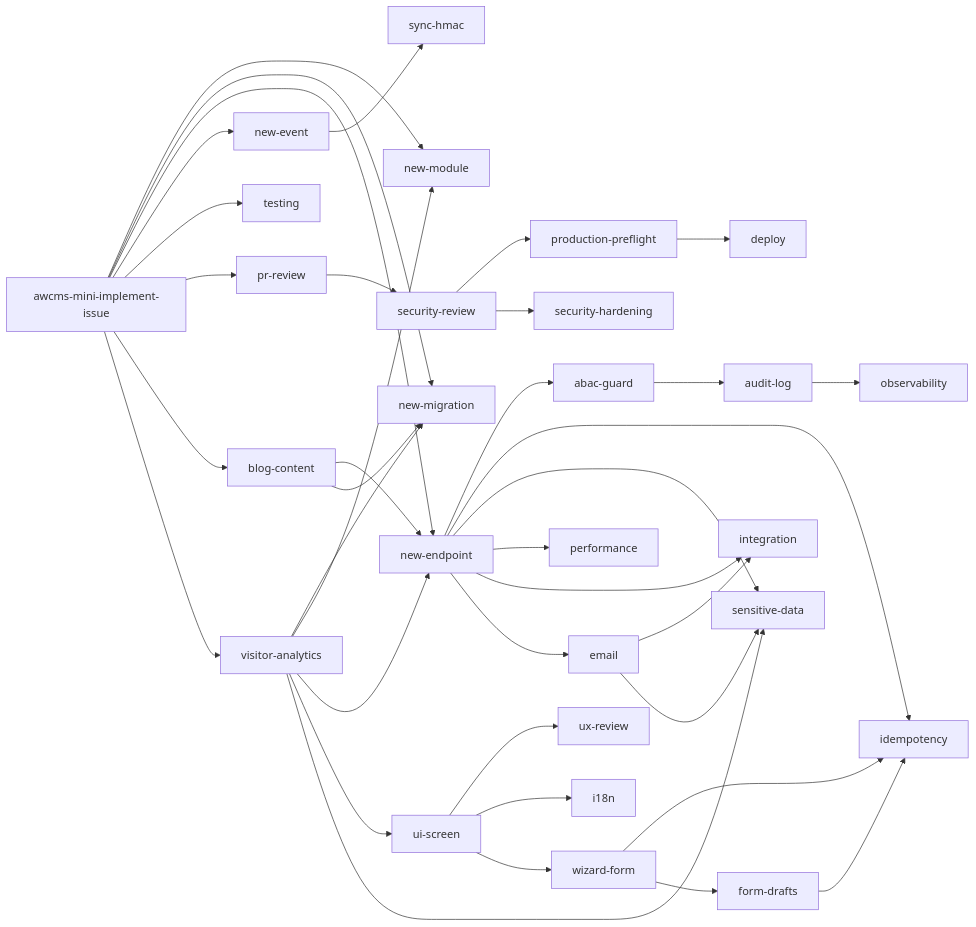
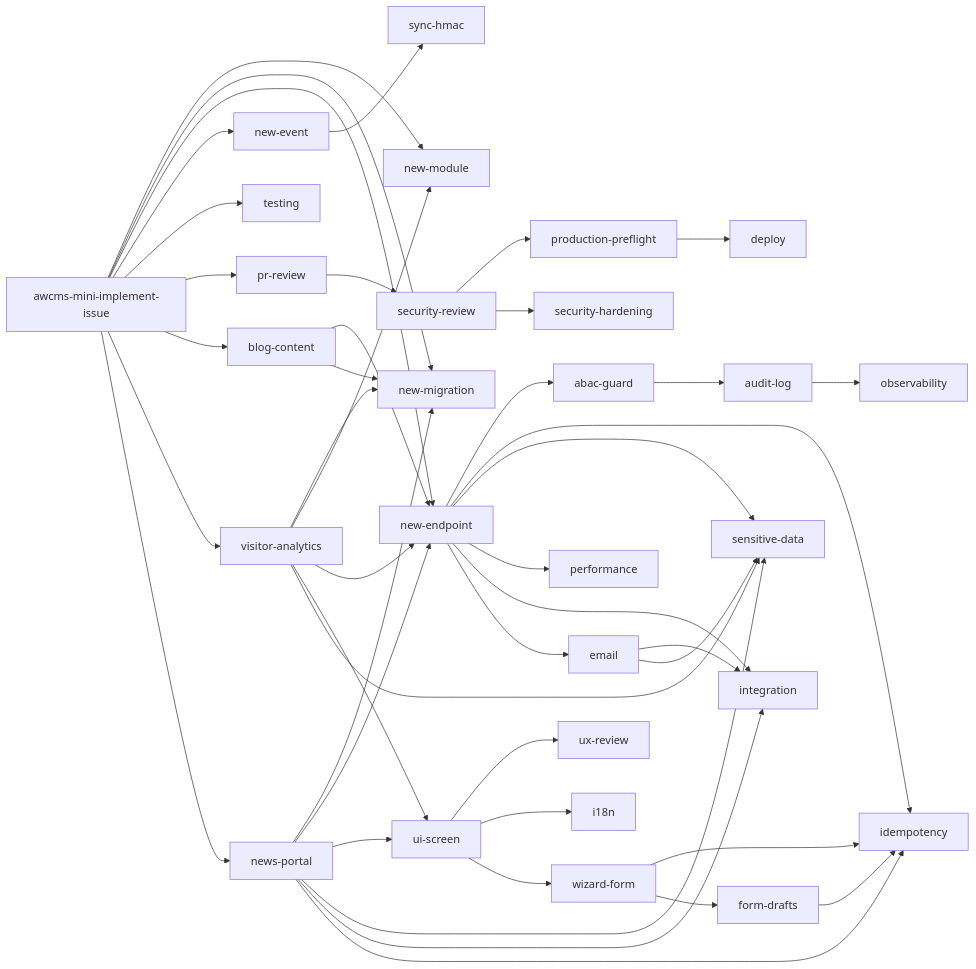
One commit to ahliweb/awcms-mini changed the third of 5 diagrams in AGENTS.md. Above: the diagram before and after it, drawn with Mermaid. The commit also changed other lines of this file and 11 other files, not shown here.

First line of the commit message:
docs(news-portal): document full-online R2-only media architecture and SOP (#650)

````diff
--- a/AGENTS.md
+++ b/AGENTS.md
@@ -141,37 +142,44 @@
 ```mermaid
 flowchart LR
   II[awcms-mini-implement-issue] --> NM[new-module]
   II --> MIG[new-migration]
   II --> EP[new-endpoint]
   II --> EV[new-event]
   II --> TST[testing]
   EP --> ABAC[abac-guard]
   EP --> IDEM[idempotency]
   ABAC --> AUD[audit-log]
   AUD --> OBS[observability]
   EP --> SD[sensitive-data]
   EV --> SYNC[sync-hmac]
   II --> PR[pr-review] --> SEC[security-review] --> PF[production-preflight]
   PF --> DEP[deploy]
   UI2[ui-screen] --> UXR[ux-review]
   UI2 --> I18N[i18n]
   UI2 --> WIZ[wizard-form]
   WIZ --> IDEM
   WIZ --> DRAFT[form-drafts]
   DRAFT --> IDEM
   EP --> PERF[performance]
   EP --> INT[integration]
   SEC --> HARD[security-hardening]
   EP --> EMAIL[email]
   EMAIL --> INT
   EMAIL --> SD
   II --> BLOG[blog-content]
   BLOG --> EP
   BLOG --> MIG
   II --> VA[visitor-analytics]
   VA --> MIG
   VA --> NM
   VA --> EP
   VA --> UI2
   VA --> SD
+  II --> NP[news-portal]
+  NP --> MIG
+  NP --> EP
+  NP --> UI2
+  NP --> SD
+  NP --> INT
+  NP --> IDEM
 ```
````
